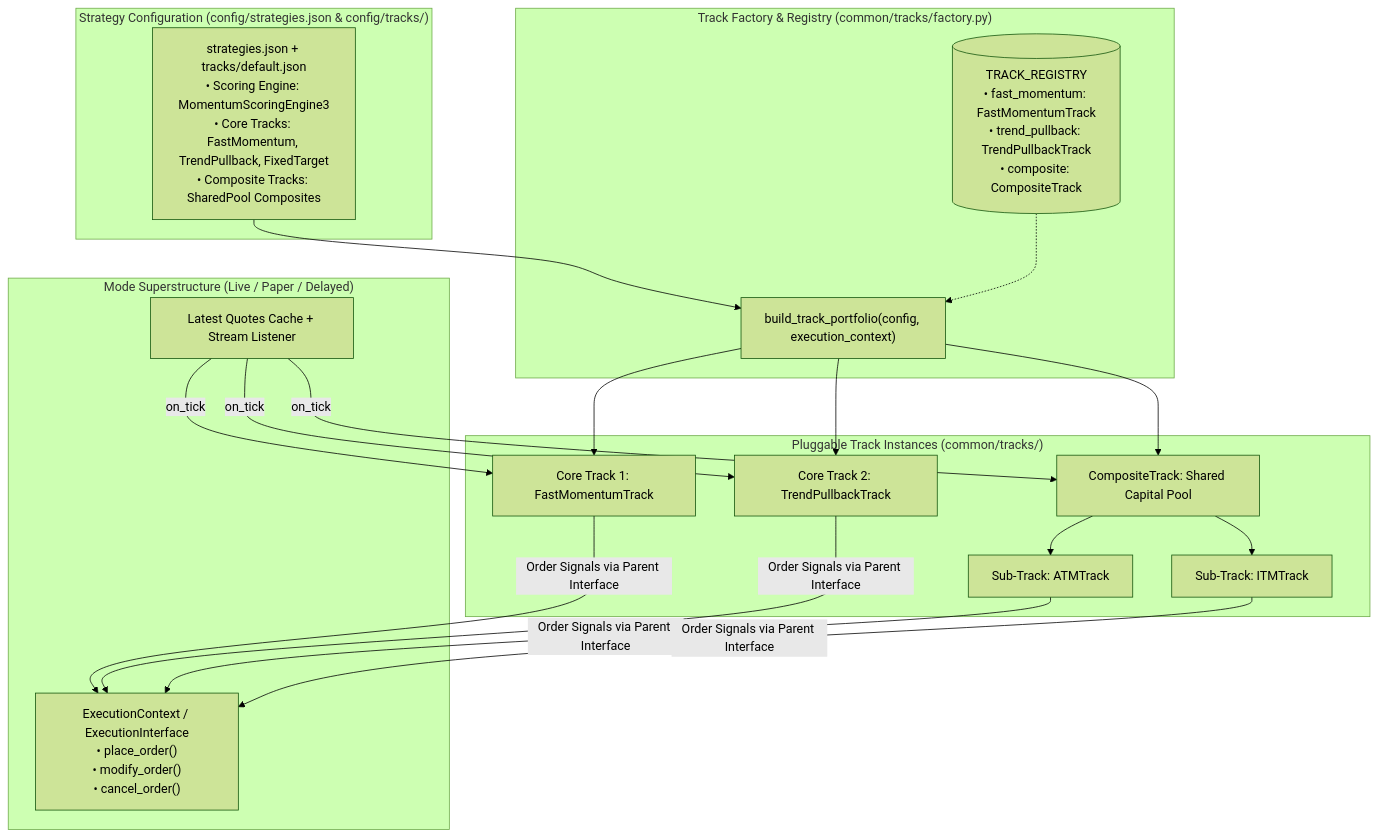
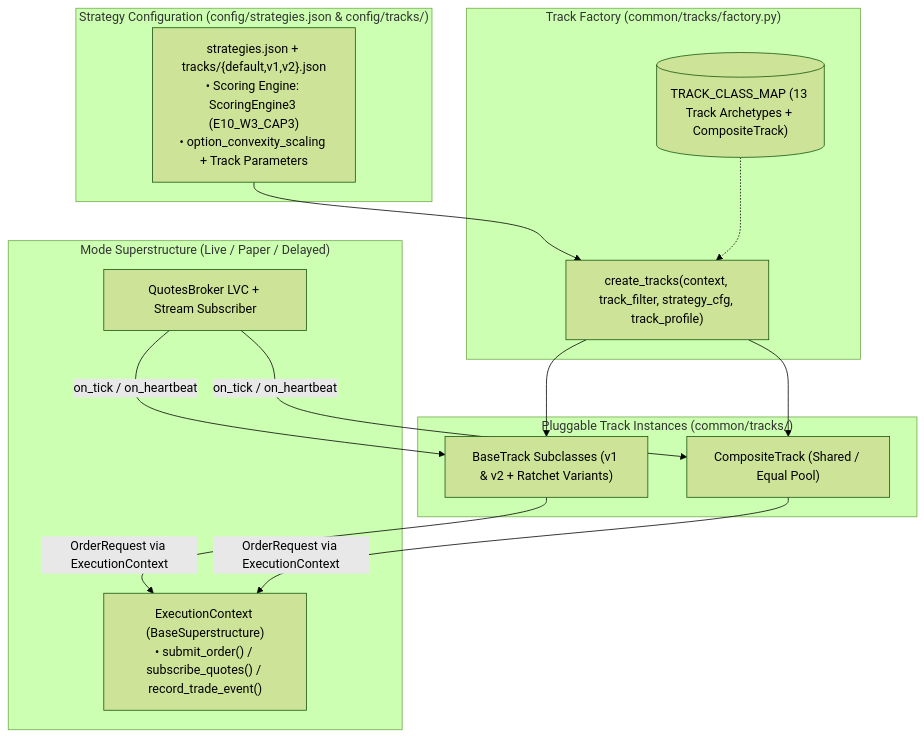
The third of 3 diagrams in docs/sys/LOW_LEVEL_DESIGN_2_0.md (greywind7/NSE-options-screener-and-automated-trading-system), drawn with Mermaid (forest theme) before and after one commit. The commit also changed other lines of this file and 24 other files, not shown here.

````diff
--- a/docs/sys/LOW_LEVEL_DESIGN_2_0.md
+++ b/docs/sys/LOW_LEVEL_DESIGN_2_0.md
@@ -687,27 +641,24 @@
 ```mermaid
 flowchart TD
     subgraph StrategyConfig ["Strategy Configuration (config/strategies.json & config/tracks/)"]
-        Config["strategies.json + tracks/default.json\n• Scoring Engine: MomentumScoringEngine3\n• Core Tracks: FastMomentum, TrendPullback, FixedTarget\n• Composite Tracks: SharedPool Composites"]
+        Config["strategies.json + tracks/{default,v1,v2}.json\n• Scoring Engine: ScoringEngine3 (E10_W3_CAP3)\n• option_convexity_scaling + Track Parameters"]
     end
 
-    subgraph Factory ["Track Factory & Registry (common/tracks/factory.py)"]
-        Config --> FactoryBuild["build_track_portfolio(config, execution_context)"]
-        Registry[("TRACK_REGISTRY\n• fast_momentum: FastMomentumTrack\n• trend_pullback: TrendPullbackTrack\n• composite: CompositeTrack")] -.-> FactoryBuild
+    subgraph Factory ["Track Factory (common/tracks/factory.py)"]
+        Config --> FactoryBuild["create_tracks(context, track_filter, strategy_cfg, track_profile)"]
+        Registry[("TRACK_CLASS_MAP (13 Track Archetypes + CompositeTrack)")] -.-> FactoryBuild
     end
 
     subgraph TrackHierarchy ["Pluggable Track Instances (common/tracks/)"]
-        FactoryBuild --> TrackA["Core Track 1: FastMomentumTrack"]
-        FactoryBuild --> TrackB["Core Track 2: TrendPullbackTrack"]
-        FactoryBuild --> CompTrack["CompositeTrack: Shared Capital Pool"]
-        CompTrack --> SubTrack1["Sub-Track: ATMTrack"]
-        CompTrack --> SubTrack2["Sub-Track: ITMTrack"]
+        FactoryBuild --> TrackA["BaseTrack Subclasses (v1 & v2 + Ratchet Variants)"]
+        FactoryBuild --> CompTrack["CompositeTrack (Shared / Equal Pool)"]
     end
 
     subgraph ModeSuperstructure ["Mode Superstructure (Live / Paper / Delayed)"]
-        Context["ExecutionContext / ExecutionInterface\n• place_order()\n• modify_order()\n• cancel_order()"]
-        Quotes["Latest Quotes Cache + Stream Listener"]
+        Context["ExecutionContext (BaseSuperstructure)\n• submit_order() / subscribe_quotes() / record_trade_event()"]
+        Quotes["QuotesBroker LVC + Stream Subscriber"]
 
-        Quotes -->|"on_tick"| TrackA & TrackB & CompTrack
-        TrackA & TrackB & SubTrack1 & SubTrack2 -->|"Order Signals via Parent Interface"| Context
+        Quotes -->|"on_tick / on_heartbeat"| TrackA & CompTrack
+        TrackA & CompTrack -->|"OrderRequest via ExecutionContext"| Context
     end
 ```
````
